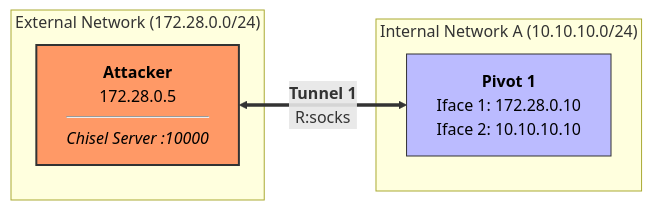
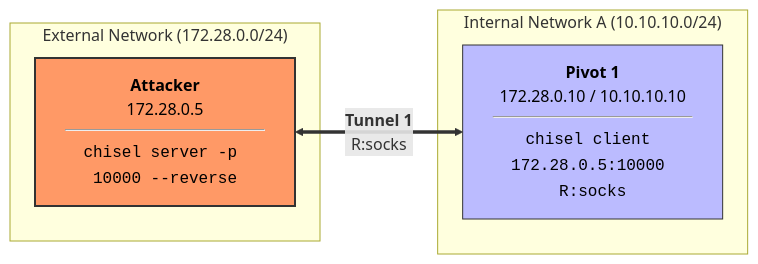
The first of 6 diagrams in README.md (remiotore/pivoting-with-chisel-lab), drawn with Mermaid before and after one commit. The commit also changed other lines of this file, not shown here.

Commit message:
Included commands in mermaid graph

````diff
--- a/README.md
+++ b/README.md
@@ -67,16 +67,16 @@
 ```mermaid
 %%{init: {'themeVariables': { 'primaryTextColor': '#000', 'secondaryTextColor': '#000', 'tertiaryTextColor': '#000' }}}%%
 graph LR
     subgraph "External Network (172.28.0.0/24)"
-        A["<b>Attacker</b><br/>172.28.0.5<br/><hr/><i>Chisel Server :10000</i>"]
+        A["<b>Attacker</b><br/>172.28.0.5<br/><hr/><code>chisel server -p 10000 --reverse</code>"]
     end
 
     subgraph "Internal Network A (10.10.10.0/24)"
-        P1["<b>Pivot 1</b><br/>Iface 1: 172.28.0.10<br/>Iface 2: 10.10.10.10"]
+        P1["<b>Pivot 1</b><br/>172.28.0.10 / 10.10.10.10<br/><hr/><code>chisel client 172.28.0.5:10000 R:socks</code>"]
     end
 
     A <== "<b>Tunnel 1</b><br/>R:socks" ==> P1
 
     style A fill:#f96,stroke:#333,stroke-width:2px,color:#000
     style P1 fill:#bbf,stroke:#333,color:#000
 ```
````
